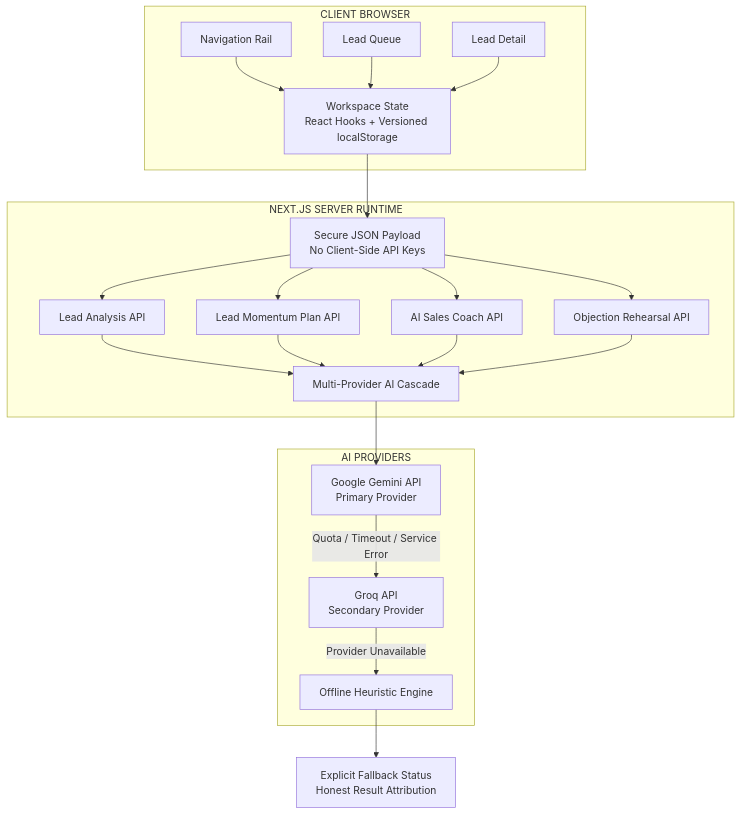
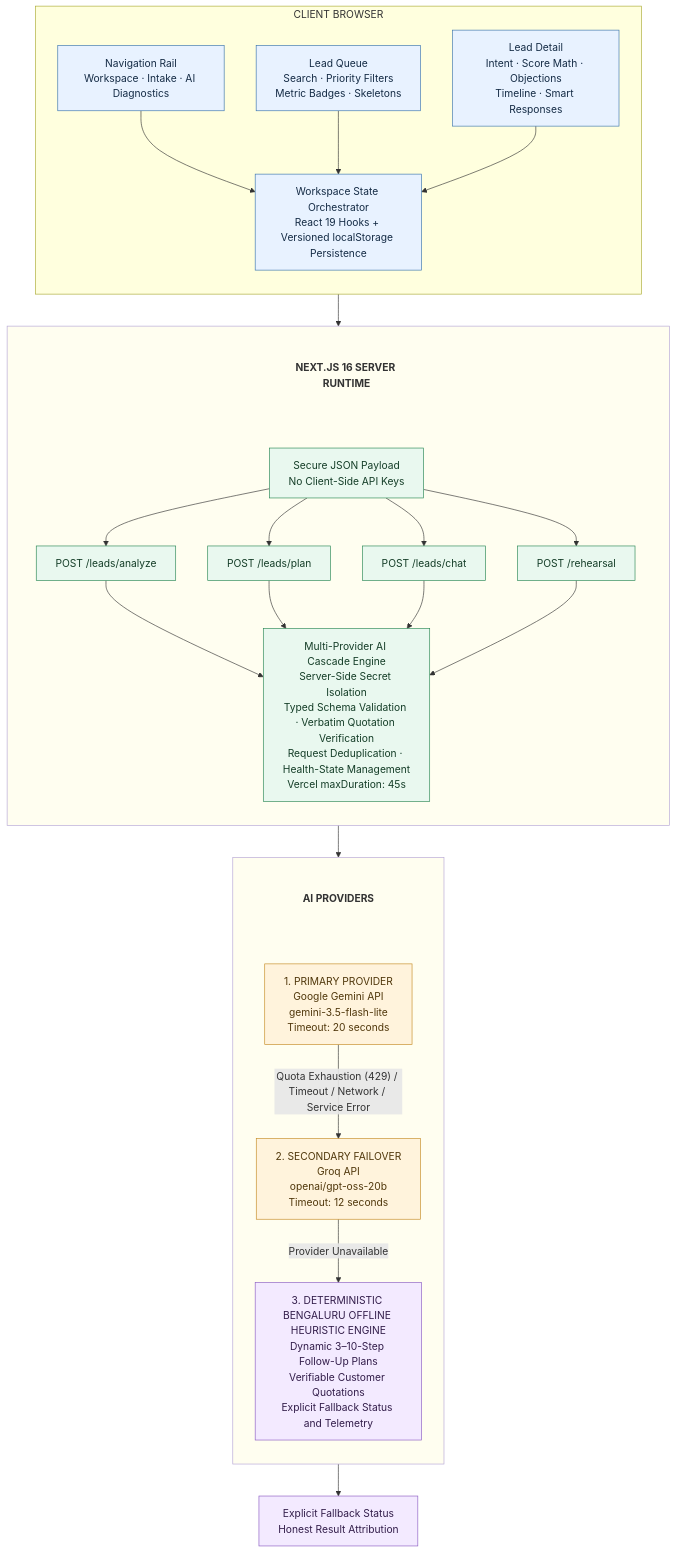
The diagram in README.md (tharun242005/LeadMotive), drawn with Mermaid before and after one commit.

````diff
--- a/README.md
+++ b/README.md
@@ -38,35 +38,82 @@
 ```mermaid
-flowchart TD
+flowchart TB
+
     subgraph CLIENT["CLIENT BROWSER"]
-        A["Navigation Rail"]
-        B["Lead Queue"]
-        C["Lead Detail"]
-        D["Workspace State<br/>React Hooks + Versioned localStorage"]
+        direction TB
 
-        A --> D
-        B --> D
-        C --> D
+        NAV["Navigation Rail<br/>Workspace · Intake · AI Diagnostics"]
+        QUEUE["Lead Queue<br/>Search · Priority Filters<br/>Metric Badges · Skeletons"]
+        DETAIL["Lead Detail<br/>Intent · Score Math · Objections<br/>Timeline · Smart Responses"]
+
+        STATE["Workspace State Orchestrator<br/>React 19 Hooks + Versioned localStorage Persistence"]
+
+        NAV --> STATE
+        QUEUE --> STATE
+        DETAIL --> STATE
     end
 
-    D --> E["Secure JSON Payload<br/>No Client-Side API Keys"]
+    subgraph SERVER[" "]
+        direction TB
 
-    subgraph SERVER["NEXT.JS SERVER RUNTIME&nbsp;&nbsp;&nbsp;&nbsp;&nbsp;&nbsp;&nbsp;&nbsp;&nbsp;&nbsp;&nbsp;&nbsp;&nbsp;&nbsp;&nbsp;&nbsp;&nbsp;&nbsp;&nbsp;&nbsp;&nbsp;&nbsp;&nbsp;&nbsp;"]
-        E --> F["Lead Analysis API"]
-        E --> G["Lead Momentum Plan API"]
-        E --> H["AI Sales Coach API"]
-        E --> I["Objection Rehearsal API"]
+        SERVER_TITLE["NEXT.JS 16 SERVER RUNTIME"]
 
-        F --> J["Multi-Provider AI Cascade"]
-        G --> J
-        H --> J
-        I --> J
+        PAYLOAD["Secure JSON Payload<br/>No Client-Side API Keys"]
+
+        API_ANALYZE["POST /leads/analyze"]
+        API_PLAN["POST /leads/plan"]
+        API_CHAT["POST /leads/chat"]
+        API_REHEARSAL["POST /rehearsal"]
+
+        ENGINE["Multi-Provider AI Cascade Engine<br/>Server-Side Secret Isolation<br/>Typed Schema Validation · Verbatim Quotation Verification<br/>Request Deduplication · Health-State Management<br/>Vercel maxDuration: 45s"]
+
+        SERVER_TITLE ~~~ PAYLOAD
+
+        PAYLOAD --> API_ANALYZE
+        PAYLOAD --> API_PLAN
+        PAYLOAD --> API_CHAT
+        PAYLOAD --> API_REHEARSAL
+
+        API_ANALYZE --> ENGINE
+        API_PLAN --> ENGINE
+        API_CHAT --> ENGINE
+        API_REHEARSAL --> ENGINE
     end
 
-    subgraph PROVIDERS["AI PROVIDERS"]
-        J --> K["Google Gemini API<br/>Primary Provider"]
-        K -->|"Quota / Timeout / Service Error"| L["Groq API<br/>Secondary Provider"]
-        L -->|"Provider Unavailable"| M["Offline Heuristic Engine"]
+    subgraph PROVIDERS[" "]
+        direction TB
+
+        PROVIDERS_TITLE["AI PROVIDERS"]
+
+        GEMINI["1. PRIMARY PROVIDER<br/>Google Gemini API<br/>gemini-3.5-flash-lite<br/>Timeout: 20 seconds"]
+
+        GROQ["2. SECONDARY FAILOVER<br/>Groq API<br/>openai/gpt-oss-20b<br/>Timeout: 12 seconds"]
+
+        FALLBACK["3. DETERMINISTIC BENGALURU OFFLINE HEURISTIC ENGINE<br/>Dynamic 3–10-Step Follow-Up Plans<br/>Verifiable Customer Quotations<br/>Explicit Fallback Status and Telemetry"]
+
+        PROVIDERS_TITLE ~~~ GEMINI
+
+        GEMINI -->|"Quota Exhaustion (429) / Timeout / Network / Service Error"| GROQ
+        GROQ -->|"Provider Unavailable"| FALLBACK
     end
 
-    M --> N["Explicit Fallback Status<br/>Honest Result Attribution"]
+    STATUS["Explicit Fallback Status<br/>Honest Result Attribution"]
+
+    STATE --> PAYLOAD
+    ENGINE --> GEMINI
+    FALLBACK --> STATUS
+
+    classDef client fill:#e8f2ff,stroke:#3973ac,color:#142b45
+    classDef server fill:#e9f8ef,stroke:#288653,color:#143d27
+    classDef provider fill:#fff3dc,stroke:#c58b24,color:#50370b
+    classDef fallback fill:#f3eaff,stroke:#8a5bc2,color:#321d4a
+    classDef sectionTitle fill:transparent,stroke:transparent,color:#333333,font-weight:bold
+
+    class NAV,QUEUE,DETAIL,STATE client
+    class PAYLOAD,API_ANALYZE,API_PLAN,API_CHAT,API_REHEARSAL,ENGINE server
+    class GEMINI,GROQ provider
+    class FALLBACK,STATUS fallback
+    class SERVER_TITLE,PROVIDERS_TITLE sectionTitle
+
+    style SERVER fill:#fffef0,stroke:#b5a5d5,stroke-width:1px
+    style PROVIDERS fill:#fffef0,stroke:#b5a5d5,stroke-width:1px
 ```
````
